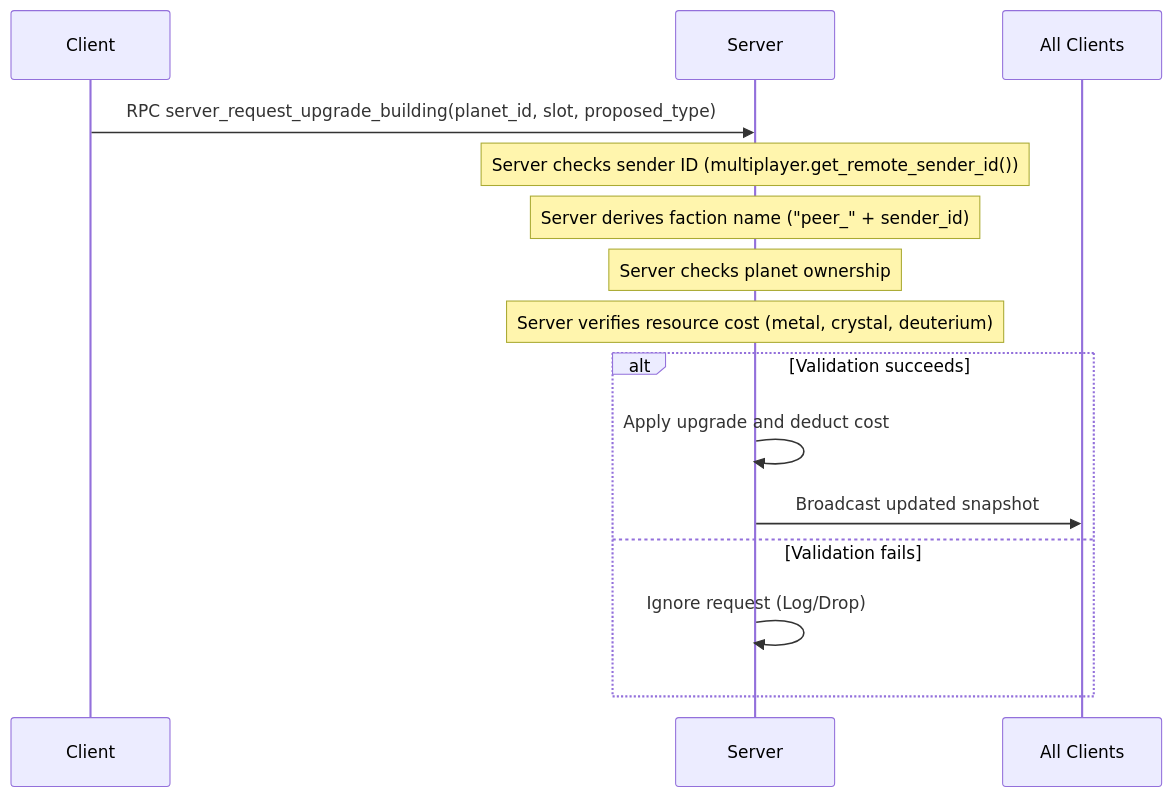
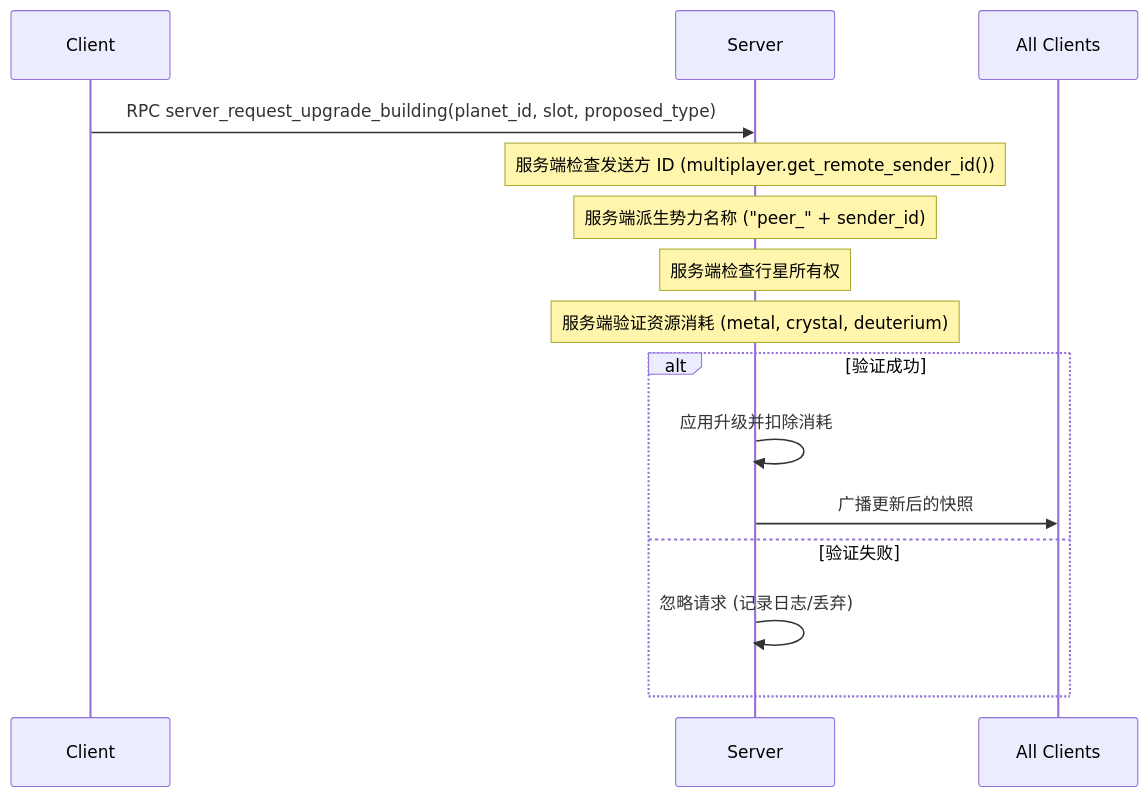
Before and after one commit to daizi-lab/Xgame: the diagram in docs/features/multiplayer_sync.md, drawn with Mermaid. The commit also changed other lines of this file and 6 other files, not shown here.

````diff
--- a/docs/features/multiplayer_sync.md
+++ b/docs/features/multiplayer_sync.md
@@ -66,14 +66,14 @@
 ```mermaid
 sequenceDiagram
     Client->>Server: RPC server_request_upgrade_building(planet_id, slot, proposed_type)
-    Note over Server: Server checks sender ID (multiplayer.get_remote_sender_id())
-    Note over Server: Server derives faction name ("peer_" + sender_id)
-    Note over Server: Server checks planet ownership
-    Note over Server: Server verifies resource cost (metal, crystal, deuterium)
-    alt Validation succeeds
-        Server->>Server: Apply upgrade and deduct cost
-        Server->>All Clients: Broadcast updated snapshot
-    else Validation fails
-        Server->>Server: Ignore request (Log/Drop)
+    Note over Server: 服务端检查发送方 ID (multiplayer.get_remote_sender_id())
+    Note over Server: 服务端派生势力名称 ("peer_" + sender_id)
+    Note over Server: 服务端检查行星所有权
+    Note over Server: 服务端验证资源消耗 (metal, crystal, deuterium)
+    alt 验证成功
+        Server->>Server: 应用升级并扣除消耗
+        Server->>All Clients: 广播更新后的快照
+    else 验证失败
+        Server->>Server: 忽略请求 (记录日志/丢弃)
     end
 ```
````
